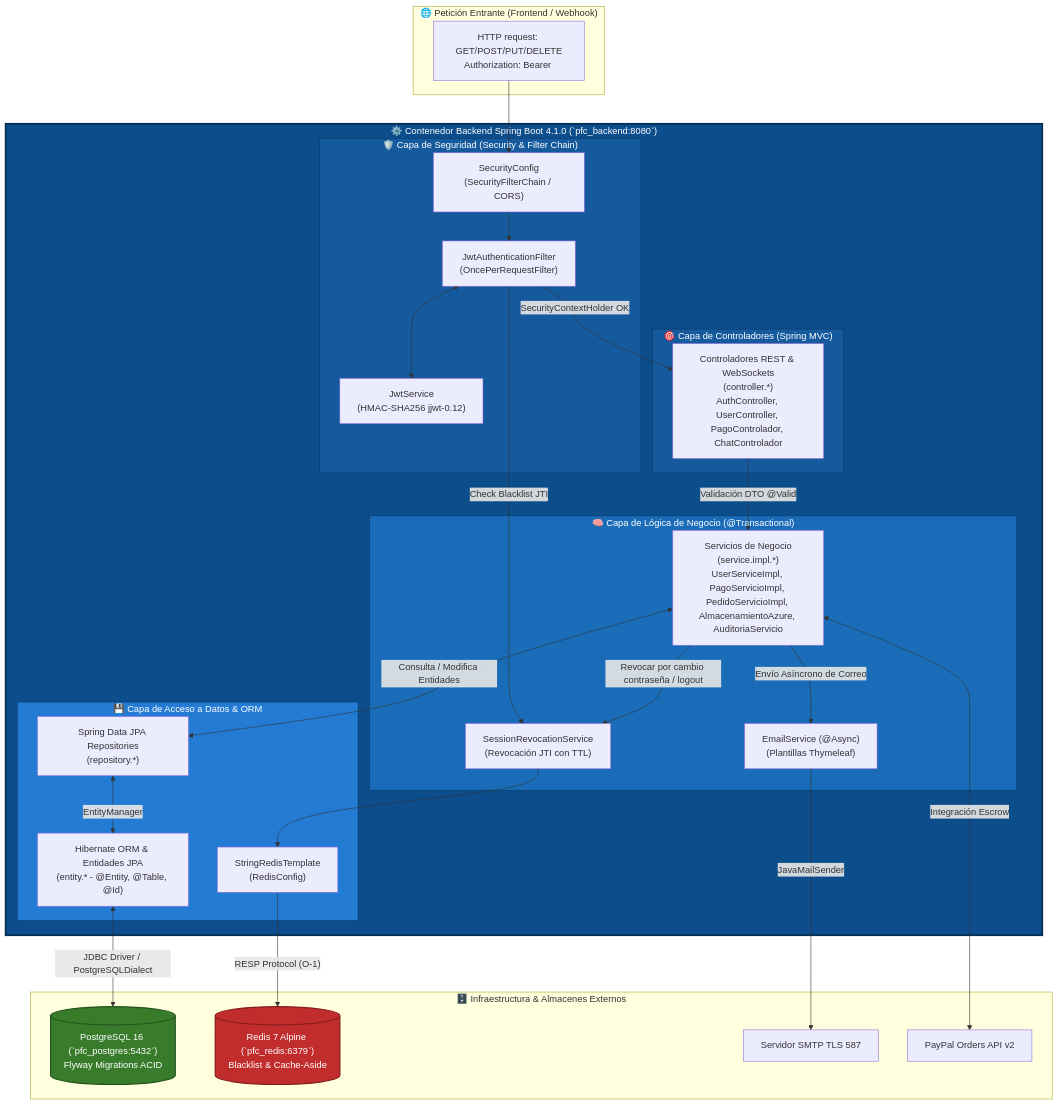
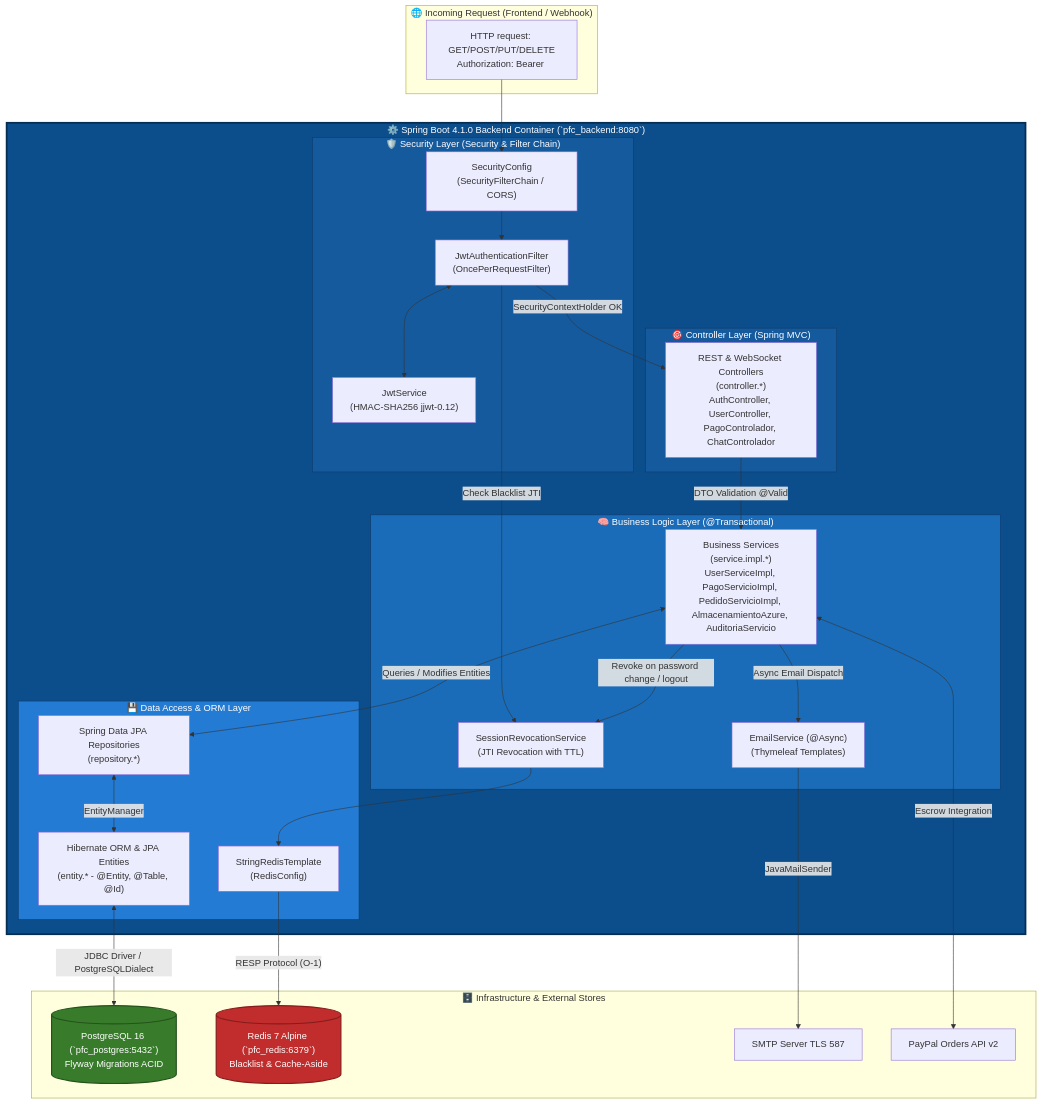
Before and after one commit to JohanCarvajal04/Proyecto-WEB-ARTISYNC: the second of 2 diagrams in docs/diagramas/C4_Nivel3_Componentes_Backend.md, drawn with Mermaid. The commit also changed other lines of this file and 7 other files, not shown here.

First line of the commit message:
docs(diagramas): traducir a ingles ER, secuencia login, C4 y clases (E3)

````diff
--- a/docs/diagramas/C4_Nivel3_Componentes_Backend.md
+++ b/docs/diagramas/C4_Nivel3_Componentes_Backend.md
@@ -208,71 +208,71 @@
 ```mermaid
 flowchart TB
-    subgraph Client["🌐 Petición Entrante (Frontend / Webhook)"]
+    subgraph Client["🌐 Incoming Request (Frontend / Webhook)"]
         HTTP_IN["HTTP request: GET/POST/PUT/DELETE<br>Authorization: Bearer <jwt_token>"]
     end
 
-    subgraph SpringBoot["⚙️ Contenedor Backend Spring Boot 4.1.0 (`pfc_backend:8080`)"]
+    subgraph SpringBoot["⚙️ Spring Boot 4.1.0 Backend Container (`pfc_backend:8080`)"]
         
-        subgraph SecurityLayer["🛡️ Capa de Seguridad (Security & Filter Chain)"]
+        subgraph SecurityLayer["🛡️ Security Layer (Security & Filter Chain)"]
             SEC_CFG["SecurityConfig<br>(SecurityFilterChain / CORS)"]
             JWT_FILTER["JwtAuthenticationFilter<br>(OncePerRequestFilter)"]
             JWT_SVC["JwtService<br>(HMAC-SHA256 jjwt-0.12)"]
         end
 
-        subgraph WebLayer["🎯 Capa de Controladores (Spring MVC)"]
-            CTRL["Controladores REST & WebSockets<br>(controller.*)<br>AuthController, UserController, PagoControlador, ChatControlador"]
+        subgraph WebLayer["🎯 Controller Layer (Spring MVC)"]
+            CTRL["REST & WebSocket Controllers<br>(controller.*)<br>AuthController, UserController, PagoControlador, ChatControlador"]
         end
 
-        subgraph BusinessLayer["🧠 Capa de Lógica de Negocio (@Transactional)"]
-            SVC["Servicios de Negocio<br>(service.impl.*)<br>UserServiceImpl, PagoServicioImpl, PedidoServicioImpl, AlmacenamientoAzure, AuditoriaServicio"]
-            REV_SVC["SessionRevocationService<br>(Revocación JTI con TTL)"]
-            MAIL_SVC["EmailService (@Async)<br>(Plantillas Thymeleaf)"]
+        subgraph BusinessLayer["🧠 Business Logic Layer (@Transactional)"]
+            SVC["Business Services<br>(service.impl.*)<br>UserServiceImpl, PagoServicioImpl, PedidoServicioImpl, AlmacenamientoAzure, AuditoriaServicio"]
+            REV_SVC["SessionRevocationService<br>(JTI Revocation with TTL)"]
+            MAIL_SVC["EmailService (@Async)<br>(Thymeleaf Templates)"]
         end
 
-        subgraph DataAccessLayer["💾 Capa de Acceso a Datos & ORM"]
+        subgraph DataAccessLayer["💾 Data Access & ORM Layer"]
             REPO["Spring Data JPA Repositories<br>(repository.*)"]
-            ORM["Hibernate ORM & Entidades JPA<br>(entity.* - @Entity, @Table, @Id)"]
+            ORM["Hibernate ORM & JPA Entities<br>(entity.* - @Entity, @Table, @Id)"]
             REDIS_CLIENT["StringRedisTemplate<br>(RedisConfig)"]
         end
     end
 
-    subgraph Infrastructure["🗄️ Infraestructura & Almacenes Externos"]
+    subgraph Infrastructure["🗄️ Infrastructure & External Stores"]
         PG[("PostgreSQL 16 (`pfc_postgres:5432`)<br>Flyway Migrations ACID")]
         RD[("Redis 7 Alpine (`pfc_redis:6379`)<br>Blacklist & Cache-Aside")]
-        SMTP_EXT["Servidor SMTP TLS 587"]
+        SMTP_EXT["SMTP Server TLS 587"]
         PAY_EXT["PayPal Orders API v2"]
     end
 
-    %% Flujo de ejecución HTTP
+    %% HTTP execution flow
     HTTP_IN --> SEC_CFG
     SEC_CFG --> JWT_FILTER
     JWT_FILTER <--> JWT_SVC
     JWT_FILTER -- "Check Blacklist JTI" --> REV_SVC
     REV_SVC --> REDIS_CLIENT
     REDIS_CLIENT -- "RESP Protocol (O-1)" --> RD
 
-    %% Si el token es válido, pasa al DispatcherServlet -> Controller
+    %% If the token is valid, it passes to the DispatcherServlet -> Controller
     JWT_FILTER -- "SecurityContextHolder OK" --> CTRL
-    CTRL -- "Validación DTO @Valid" --> SVC
+    CTRL -- "DTO Validation @Valid" --> SVC
 
-    %% Lógica transaccional de negocio
-    SVC <-- "Consulta / Modifica Entidades" --> REPO
-    SVC -- "Revocar por cambio contraseña / logout" --> REV_SVC
-    SVC -- "Envío Asíncrono de Correo" --> MAIL_SVC
-    SVC <-- "Integración Escrow" --> PAY_EXT
+    %% Transactional business logic
+    SVC <-- "Queries / Modifies Entities" --> REPO
+    SVC -- "Revoke on password change / logout" --> REV_SVC
+    SVC -- "Async Email Dispatch" --> MAIL_SVC
+    SVC <-- "Escrow Integration" --> PAY_EXT
 
-    %% Persistencia hacia la Base de Datos
+    %% Persistence to the Database
     REPO <-- "EntityManager" --> ORM
     ORM <-- "JDBC Driver / PostgreSQLDialect" --> PG
 
-    %% Salida SMTP
+    %% SMTP Output
     MAIL_SVC -- "JavaMailSender" --> SMTP_EXT
 
     style SpringBoot fill:#0c4d8c,stroke:#062d52,stroke-width:3px,color:#fff
     style SecurityLayer fill:#165a9e,stroke:#0d3966,color:#fff
     style WebLayer fill:#165a9e,stroke:#0d3966,color:#fff
     style BusinessLayer fill:#1a6cb8,stroke:#0d3966,color:#fff
     style DataAccessLayer fill:#247bd4,stroke:#0d3966,color:#fff
     style PG fill:#387c2b,stroke:#24521c,stroke-width:2px,color:#fff
     style RD fill:#c12c2c,stroke:#851c1c,stroke-width:2px,color:#fff
 ```
````
